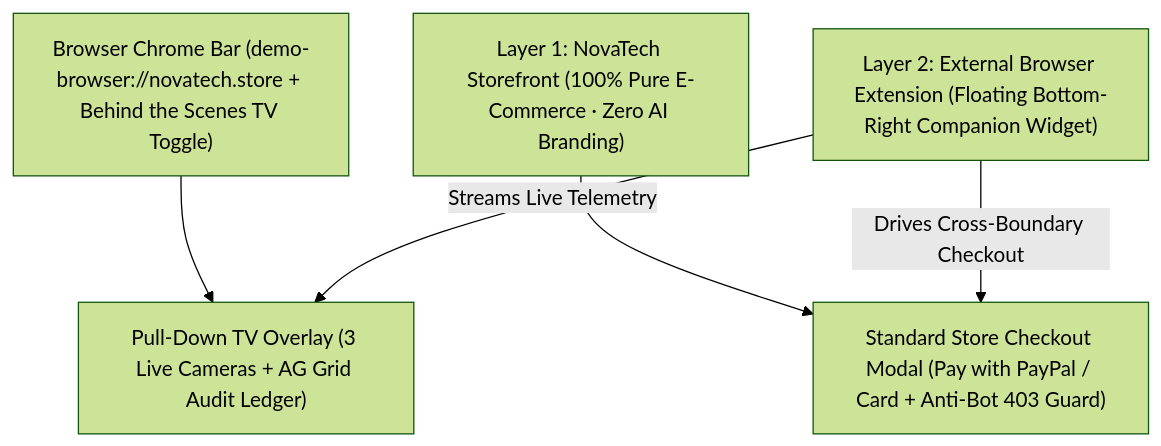
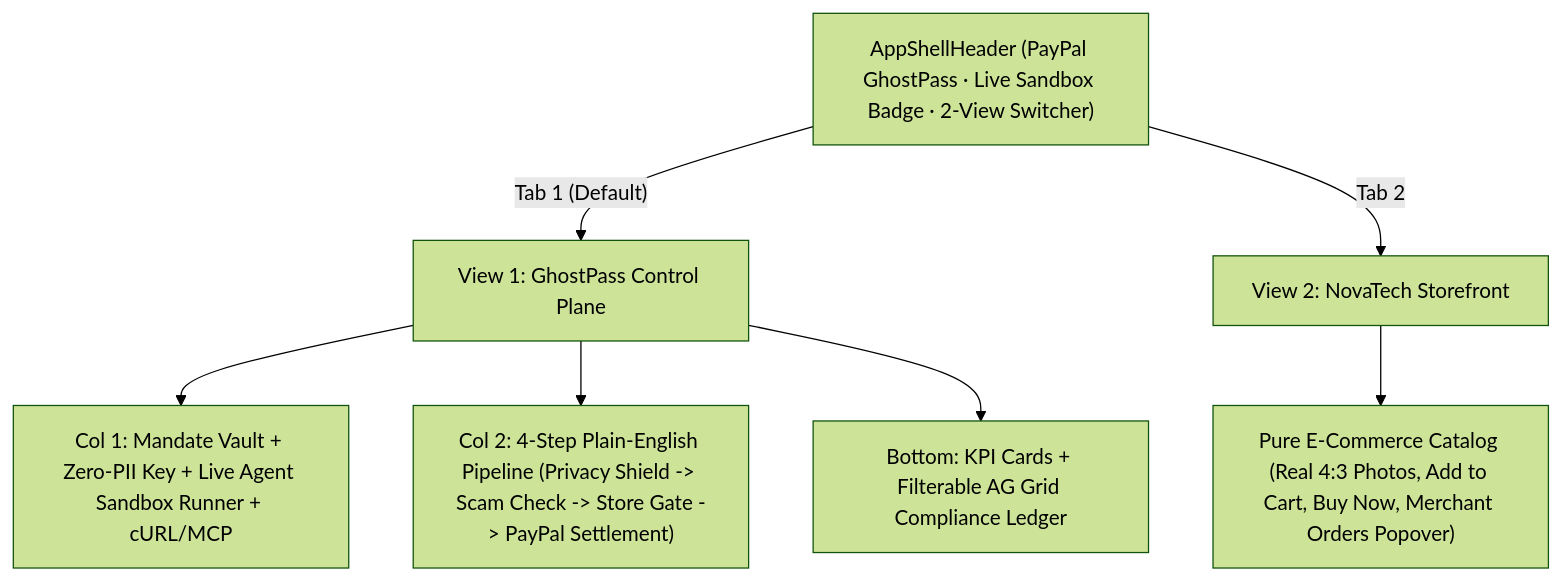
One commit to bhargava562/paypass-agent changed the diagram in docs/03-UI-UX-AND-DEMO-BLUEPRINT.md. Above: the diagram before and after it, drawn with Mermaid (forest theme). The commit also changed other lines of this file and 28 other files, not shown here.

Commit message:
feat(split-3): Control Plane + Storefront 2-view MVP, live PayPal Sandbox Orders v2, security hardening, Render blueprint, and 29 passing tests

````diff
--- a/docs/03-UI-UX-AND-DEMO-BLUEPRINT.md
+++ b/docs/03-UI-UX-AND-DEMO-BLUEPRINT.md
@@ -9,7 +9,12 @@
 ```mermaid
 flowchart TD
-    Top["Browser Chrome Bar (demo-browser://novatech.store + Behind the Scenes TV Toggle)"] --> TV["Pull-Down TV Overlay (3 Live Cameras + AG Grid Audit Ledger)"]
-    Store["Layer 1: NovaTech Storefront (100% Pure E-Commerce · Zero AI Branding)"] --> Modal["Standard Store Checkout Modal (Pay with PayPal / Card + Anti-Bot 403 Guard)"]
-    Ext["Layer 2: External Browser Extension (Floating Bottom-Right Companion Widget)"] -->|"Drives Cross-Boundary Checkout"| Modal
-    Ext -->|"Streams Live Telemetry"| TV
+    Shell["AppShellHeader (PayPal GhostPass · Live Sandbox Badge · 2-View Switcher)"]
+    Shell -->|"Tab 1 (Default)"| CP["View 1: GhostPass Control Plane"]
+    Shell -->|"Tab 2"| Store["View 2: NovaTech Storefront"]
+
+    CP --> Left["Col 1: Mandate Vault + Zero-PII Key + Live Agent Sandbox Runner + cURL/MCP"]
+    CP --> Right["Col 2: 4-Step Plain-English Pipeline (Privacy Shield -> Scam Check -> Store Gate -> PayPal Settlement)"]
+    CP --> Bottom["Bottom: KPI Cards + Filterable AG Grid Compliance Ledger"]
+
+    Store --> Retail["Pure E-Commerce Catalog (Real 4:3 Photos, Add to Cart, Buy Now, Merchant Orders Popover)"]
 ```
````
